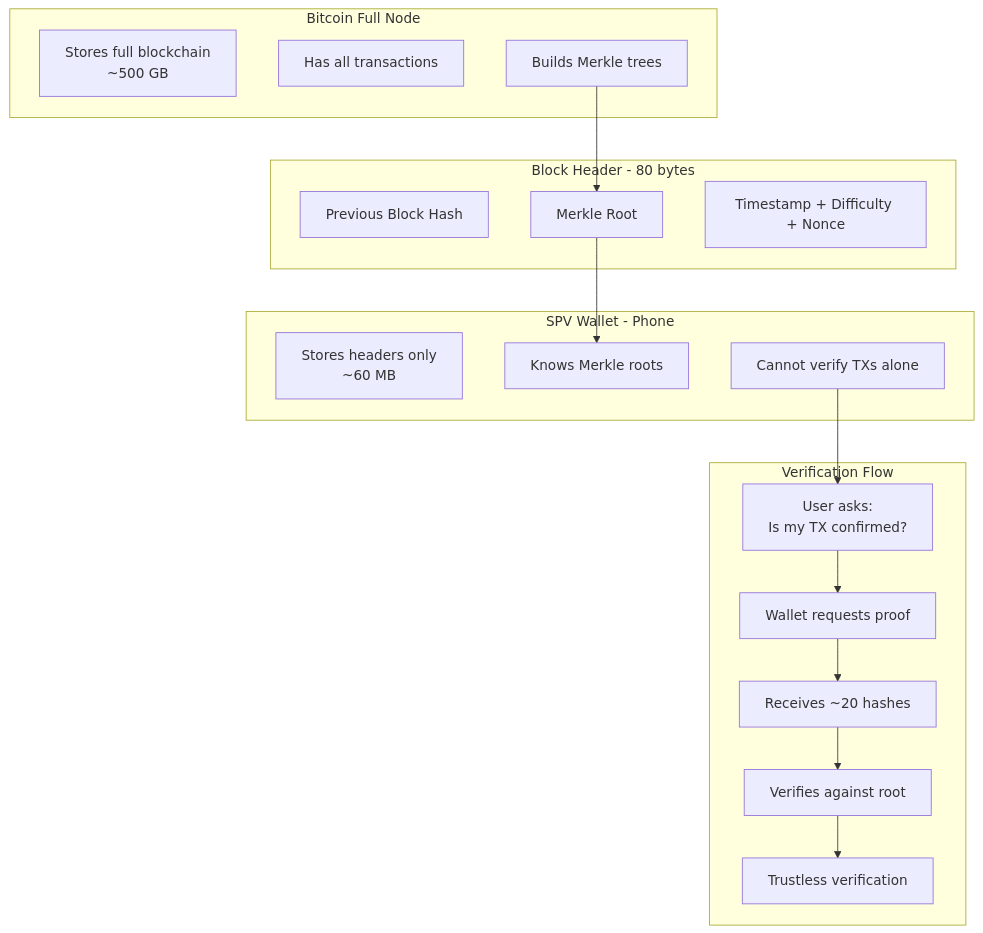
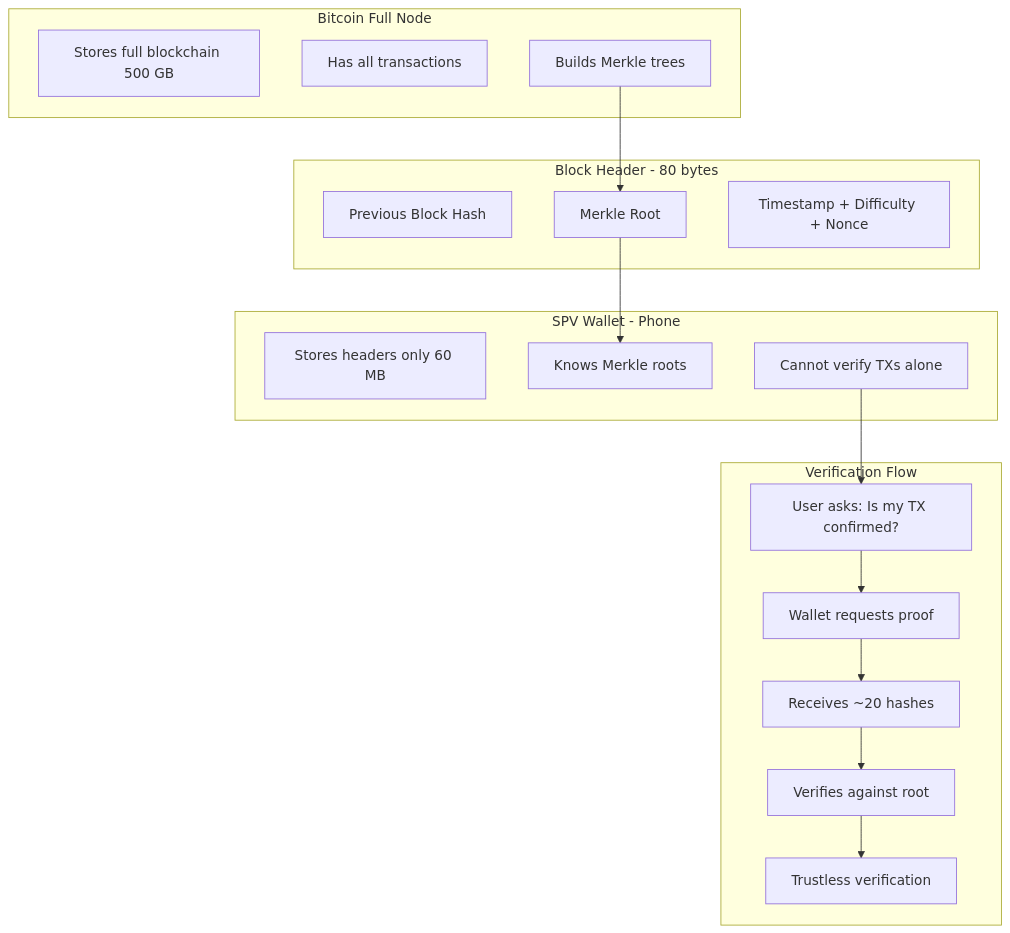
One commit to deruelle/merkle-trees changed the sixth of 6 diagrams in README.md. Above: the diagram before and after it, drawn with Mermaid. The commit also changed other lines of this file and 15 other files, not shown here.

````diff
--- a/README.md
+++ b/README.md
@@ -203,35 +203,35 @@
 ```mermaid
 flowchart TD
     subgraph Bitcoin Full Node
-        FN1[Stores full blockchain\n~500 GB]
+        FN1[Stores full blockchain 500 GB]
         FN2[Has all transactions]
         FN3[Builds Merkle trees]
     end
 
     subgraph Block Header - 80 bytes
         BH1[Previous Block Hash]
         BH2[Merkle Root]
         BH3[Timestamp + Difficulty + Nonce]
     end
 
     subgraph SPV Wallet - Phone
-        SW1[Stores headers only\n~60 MB]
+        SW1[Stores headers only 60 MB]
         SW2[Knows Merkle roots]
         SW3[Cannot verify TXs alone]
     end
 
     FN3 --> BH2
     BH2 --> SW2
 
     subgraph Verification Flow
-        V1[User asks:\nIs my TX confirmed?]
+        V1[User asks: Is my TX confirmed?]
         V2[Wallet requests proof]
         V3[Receives ~20 hashes]
         V4[Verifies against root]
         V5[Trustless verification]
 
         V1 --> V2 --> V3 --> V4 --> V5
     end
 
     SW3 --> V1
 ```
````
